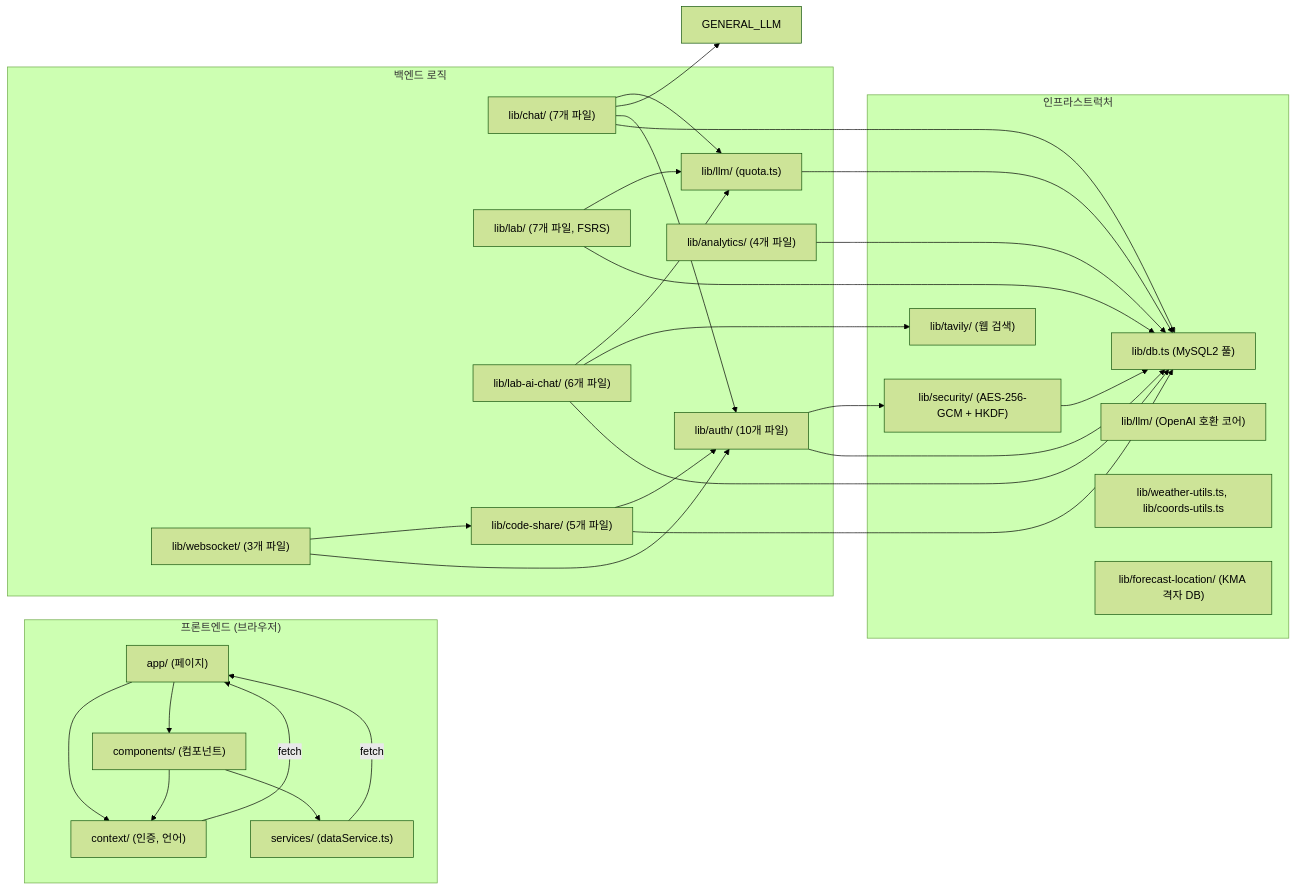
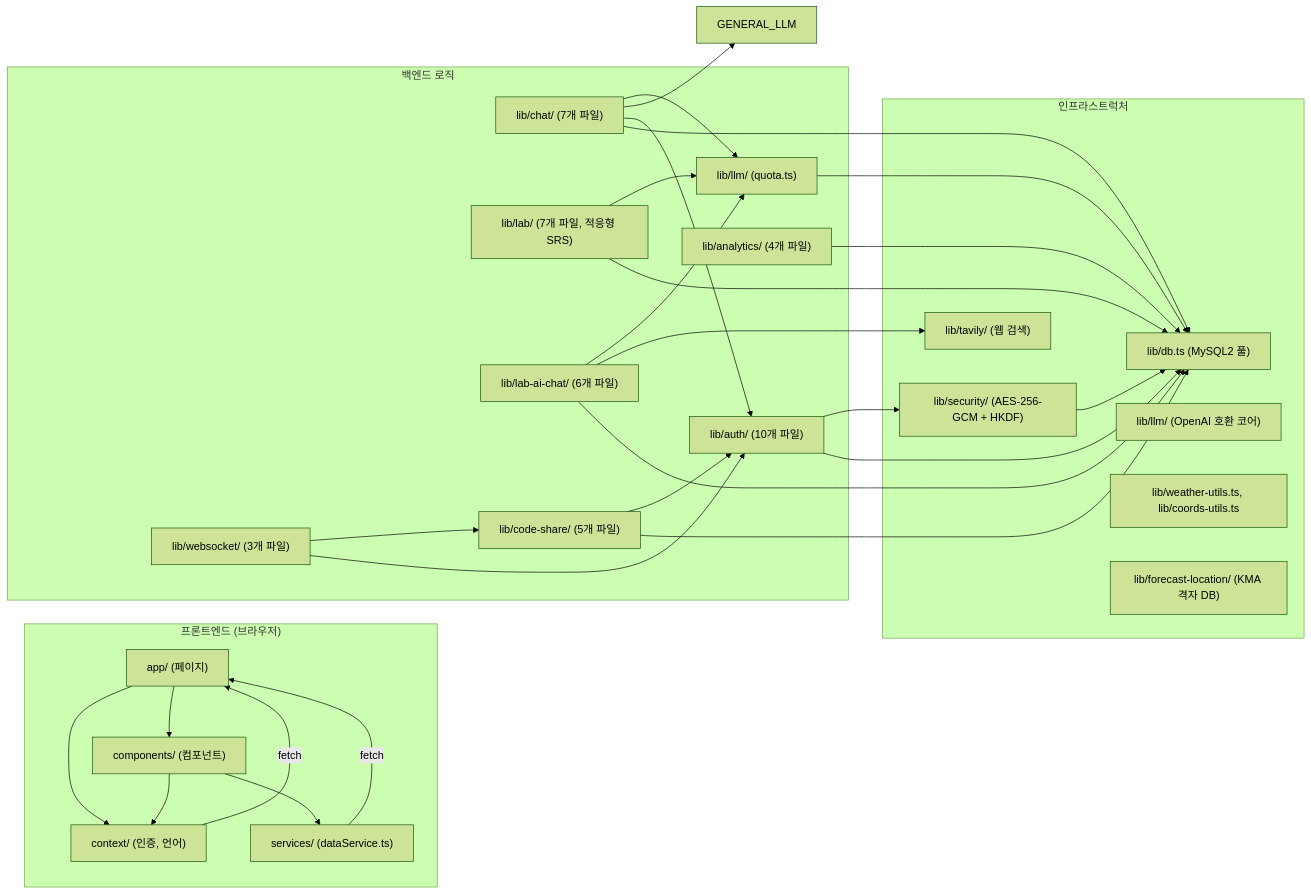
The tenth of 17 diagrams in docs/ARCHITECTURE_UML_KO.md (kim0040/Nadeulhae), drawn with Mermaid (forest theme) before and after one commit. The commit also changed other lines of this file and 31 other files, not shown here.

````diff
--- a/docs/ARCHITECTURE_UML_KO.md
+++ b/docs/ARCHITECTURE_UML_KO.md
@@ -1001,57 +1001,57 @@
 ```mermaid
 graph LR
     subgraph Frontend["프론트엔드 (브라우저)"]
         PAGES["app/ (페이지)"]
         COMPONENTS["components/ (컴포넌트)"]
         CONTEXT["context/ (인증, 언어)"]
         SERVICES["services/ (dataService.ts)"]
     end
 
     subgraph Backend["백엔드 로직"]
         AUTH_LIB["lib/auth/ (10개 파일)"]
         CHAT_LIB["lib/chat/ (7개 파일)"]
-        LAB_LIB["lib/lab/ (7개 파일, FSRS)"]
+        LAB_LIB["lib/lab/ (7개 파일, 적응형 SRS)"]
         LAB_AI_LIB["lib/lab-ai-chat/ (6개 파일)"]
         CODE_SHARE_LIB["lib/code-share/ (5개 파일)"]
         WS_LIB["lib/websocket/ (3개 파일)"]
         LLM_QUOTA["lib/llm/ (quota.ts)"]
         ANALYTICS_LIB["lib/analytics/ (4개 파일)"]
     end
 
     subgraph Infrastructure["인프라스트럭처"]
         DB_LIB["lib/db.ts (MySQL2 풀)"]
         SECURITY_LIB["lib/security/ (AES-256-GCM + HKDF)"]
         LLM_CLIENT["lib/llm/ (OpenAI 호환 코어)"]
         TAVILY_LIB["lib/tavily/ (웹 검색)"]
         WEATHER_UTILS["lib/weather-utils.ts, lib/coords-utils.ts"]
         FORECAST_GRID["lib/forecast-location/ (KMA 격자 DB)"]
     end
 
     PAGES --> COMPONENTS
     PAGES --> CONTEXT
     COMPONENTS --> CONTEXT
     COMPONENTS --> SERVICES
 
     AUTH_LIB --> DB_LIB
     AUTH_LIB --> SECURITY_LIB
     CHAT_LIB --> DB_LIB
     CHAT_LIB --> AUTH_LIB
     CHAT_LIB --> GENERAL_LLM
     CHAT_LIB --> LLM_QUOTA
     LAB_LIB --> DB_LIB
     LAB_LIB --> LLM_QUOTA
     LAB_AI_LIB --> DB_LIB
     LAB_AI_LIB --> TAVILY_LIB
     LAB_AI_LIB --> LLM_QUOTA
     CODE_SHARE_LIB --> DB_LIB
     CODE_SHARE_LIB --> AUTH_LIB
     WS_LIB --> AUTH_LIB
     WS_LIB --> CODE_SHARE_LIB
     ANALYTICS_LIB --> DB_LIB
 
     SECURITY_LIB --> DB_LIB
     LLM_QUOTA --> DB_LIB
 
     SERVICES -->|fetch| PAGES
     CONTEXT -->|fetch| PAGES
 ```
````
